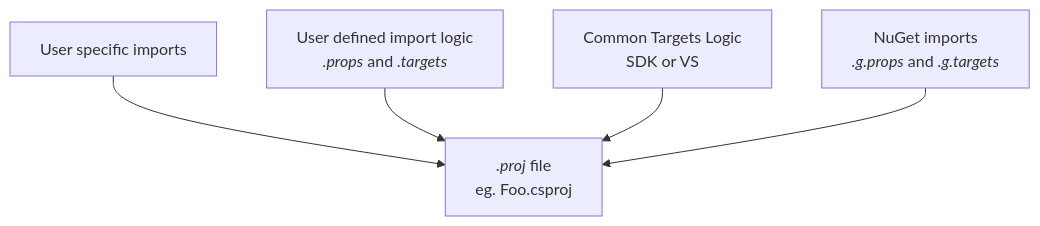
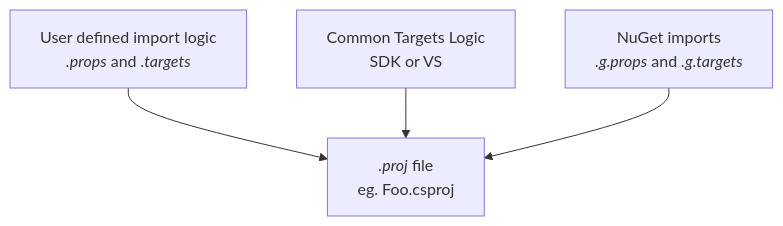
The second of 4 diagrams in documentation/High-level-overview.md (dotnet/msbuild), drawn with Mermaid before and after one commit. The commit also changed other lines of this file, not shown here.

````diff
--- a/documentation/High-level-overview.md
+++ b/documentation/High-level-overview.md
@@ -81,21 +81,18 @@
  ```mermaid
-flowchart TD
-    UI[User specific imports]
-    
+flowchart TD    
     UL["`User defined import logic
     _.props_ and _.targets_`"]
     
     PROJ["`_.proj_ file`"
     eg. Foo.csproj]
     
     IL[Common Targets Logic
     SDK or VS]
 
     NI["`NuGet imports
     _.g.props_ and _.g.targets_`"]
 
-    UI --> PROJ
     UL --> PROJ
     IL --> PROJ
     NI --> PROJ
  ```
````
